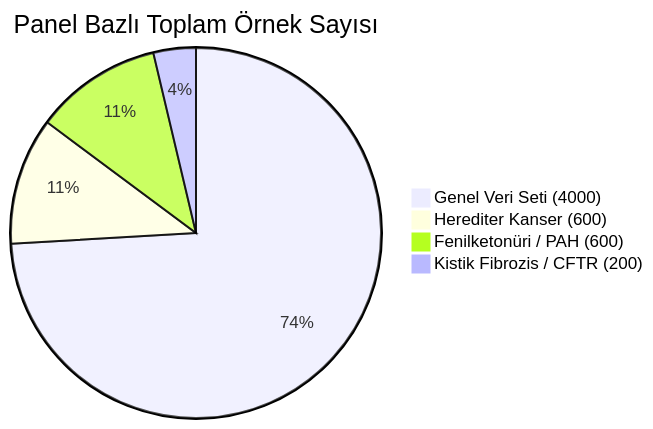
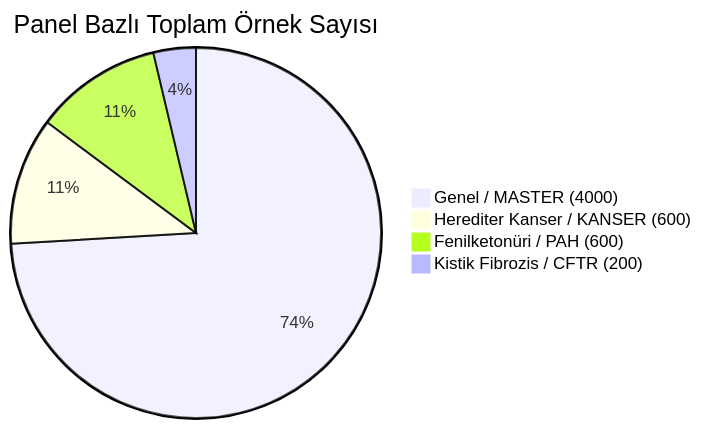
The fifth of 6 diagrams in README.md (msgxr/VARIANT-GNN), drawn with Mermaid before and after one commit. The commit also changed other lines of this file, not shown here.

````diff
--- a/README.md
+++ b/README.md
@@ -305,7 +207,7 @@
 ```mermaid
 pie title Panel Bazlı Toplam Örnek Sayısı
-    "Genel Veri Seti (4000)" : 4000
-    "Herediter Kanser (600)" : 600
+    "Genel / MASTER (4000)" : 4000
+    "Herediter Kanser / KANSER (600)" : 600
     "Fenilketonüri / PAH (600)" : 600
     "Kistik Fibrozis / CFTR (200)" : 200
 ```
````
